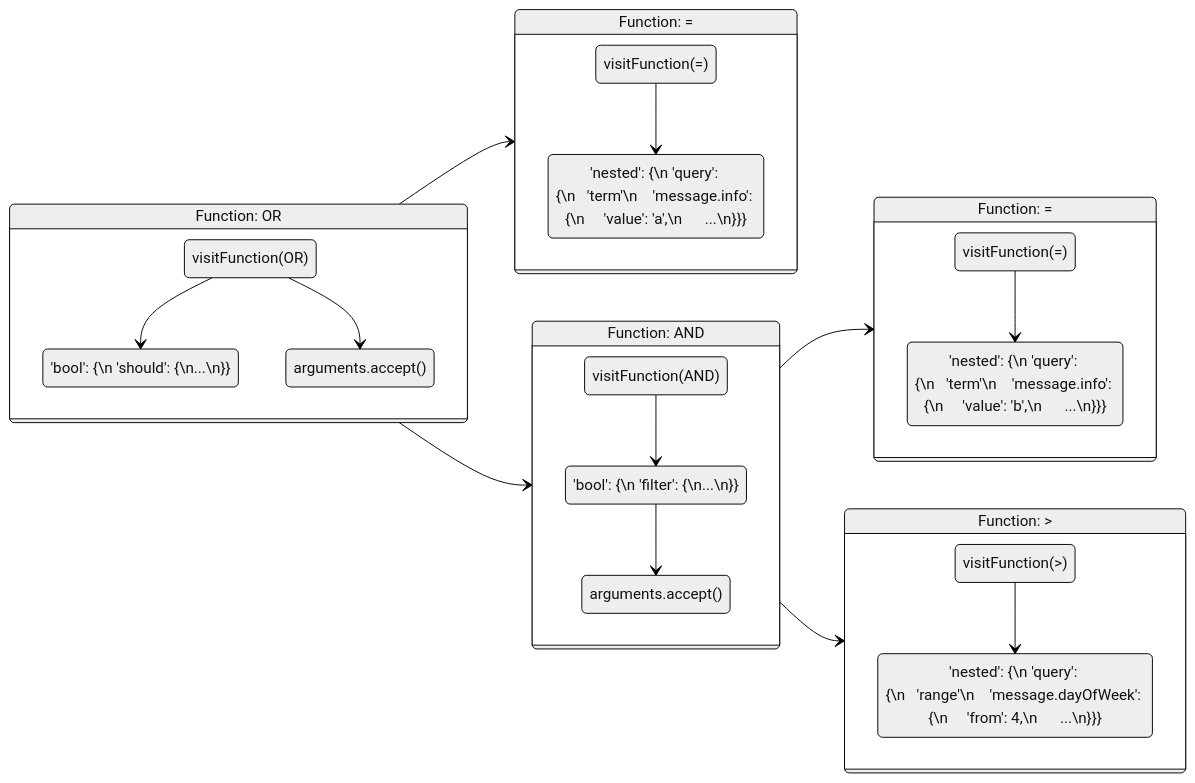
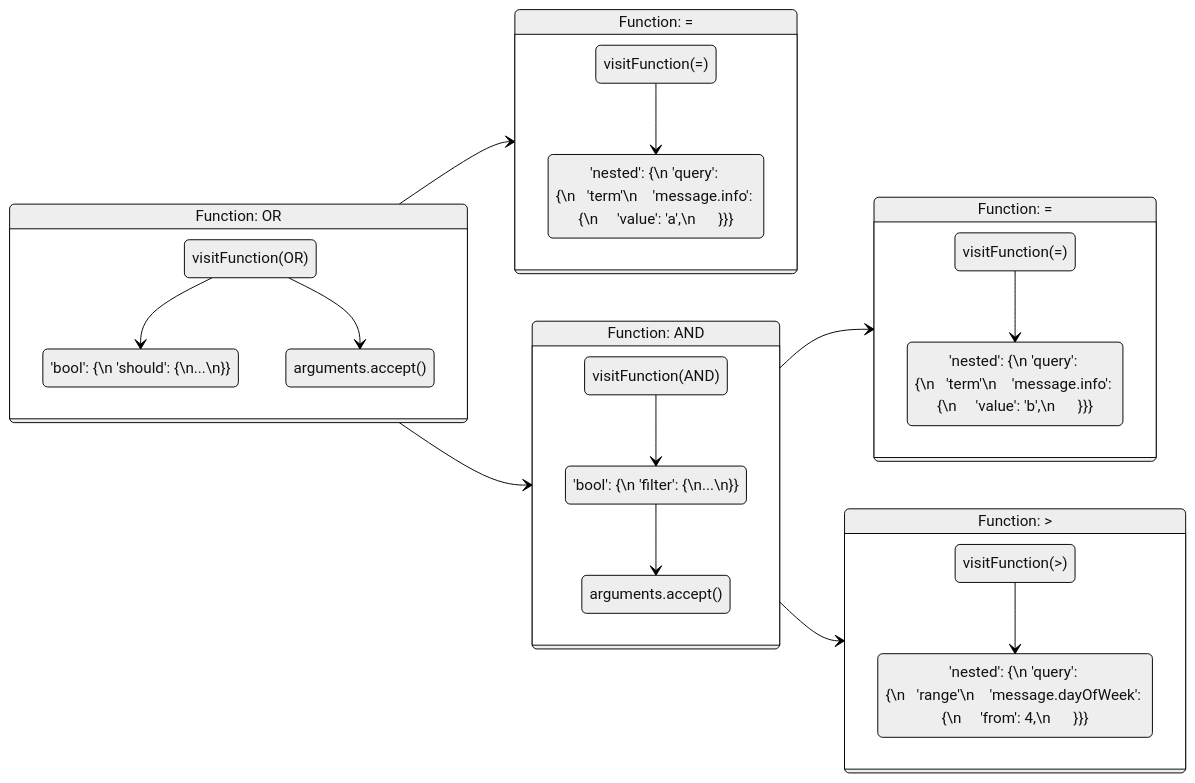
One commit to Bit-Quill/opensearch-project-sql changed the fifth of 5 diagrams in docs/dev/sql-nested-function-where-clause.md. Above: the diagram before and after it, drawn with Mermaid (neutral theme).

Commit message:
Removing elipsis from object tree diagrams to DSL.

````diff
--- a/docs/dev/sql-nested-function-where-clause.md
+++ b/docs/dev/sql-nested-function-where-clause.md
@@ -285,51 +285,51 @@
 ```mermaid
 stateDiagram-v2
   direction LR
 
   OrFuncNode --> OrFuncNode1
   OrFuncNode --> OrFuncNode2
   OrFuncNode2 --> AndFuncNode1
   OrFuncNode2 --> AndFuncNode2
 
   state "Function: OR" as OrFuncNode {
     state "visitFunction(OR)" as NestedNodeVisitFunc
     state "'bool': {\n&nbsp'should': {\n...\n}}" as NestedNodeDSL
     state "arguments.accept()" as NestedNodeVisitCondition
 
     NestedNodeVisitFunc --> NestedNodeDSL
     NestedNodeVisitFunc --> NestedNodeVisitCondition
   }
 
 
   state "Function: =" as OrFuncNode1 {
     state "visitFunction(=)" as OrFuncNode1VisitFunc
-    state "'nested': {\n&nbsp'query': {\n&nbsp&nbsp&nbsp'term'\n&nbsp&nbsp&nbsp&nbsp'message.info': {\n&nbsp&nbsp&nbsp&nbsp&nbsp'value': 'a',\n&nbsp&nbsp&nbsp&nbsp&nbsp&nbsp...\n}}}" as OrFuncNode1DSL
+    state "'nested': {\n&nbsp'query': {\n&nbsp&nbsp&nbsp'term'\n&nbsp&nbsp&nbsp&nbsp'message.info': {\n&nbsp&nbsp&nbsp&nbsp&nbsp'value': 'a',\n&nbsp&nbsp&nbsp&nbsp&nbsp&nbsp}}}" as OrFuncNode1DSL
 
 
     OrFuncNode1VisitFunc --> OrFuncNode1DSL
   }
 
 
   state "Function: AND" as OrFuncNode2 {
     state "visitFunction(AND)" as OrFuncNode2VisitFunc
     state "'bool': {\n&nbsp'filter': {\n...\n}}" as OrFuncNode2DSL
     state "arguments.accept()" as OrFuncNode2Args
 
     OrFuncNode2VisitFunc --> OrFuncNode2DSL
     OrFuncNode2DSL --> OrFuncNode2Args
   }
 
   state "Function: =" as AndFuncNode1 {
     state "visitFunction(=)" as AndFuncNode1VisitFunc
-    state "'nested': {\n&nbsp'query': {\n&nbsp&nbsp&nbsp'term'\n&nbsp&nbsp&nbsp&nbsp'message.info': {\n&nbsp&nbsp&nbsp&nbsp&nbsp'value': 'b',\n&nbsp&nbsp&nbsp&nbsp&nbsp&nbsp...\n}}}" as AndFuncNode1DSL
+    state "'nested': {\n&nbsp'query': {\n&nbsp&nbsp&nbsp'term'\n&nbsp&nbsp&nbsp&nbsp'message.info': {\n&nbsp&nbsp&nbsp&nbsp&nbsp'value': 'b',\n&nbsp&nbsp&nbsp&nbsp&nbsp&nbsp}}}" as AndFuncNode1DSL
 
     AndFuncNode1VisitFunc --> AndFuncNode1DSL
   }
 
   state "Function: >" as AndFuncNode2 {
     state "visitFunction(>)" as AndFuncNode2VisitFunc
-    state "'nested': {\n&nbsp'query': {\n&nbsp&nbsp&nbsp'range'\n&nbsp&nbsp&nbsp&nbsp'message.dayOfWeek': {\n&nbsp&nbsp&nbsp&nbsp&nbsp'from': 4,\n&nbsp&nbsp&nbsp&nbsp&nbsp&nbsp...\n}}}" as AndFuncNode2DSL
+    state "'nested': {\n&nbsp'query': {\n&nbsp&nbsp&nbsp'range'\n&nbsp&nbsp&nbsp&nbsp'message.dayOfWeek': {\n&nbsp&nbsp&nbsp&nbsp&nbsp'from': 4,\n&nbsp&nbsp&nbsp&nbsp&nbsp&nbsp}}}" as AndFuncNode2DSL
 
     AndFuncNode2VisitFunc --> AndFuncNode2DSL
   }
 ```
````
